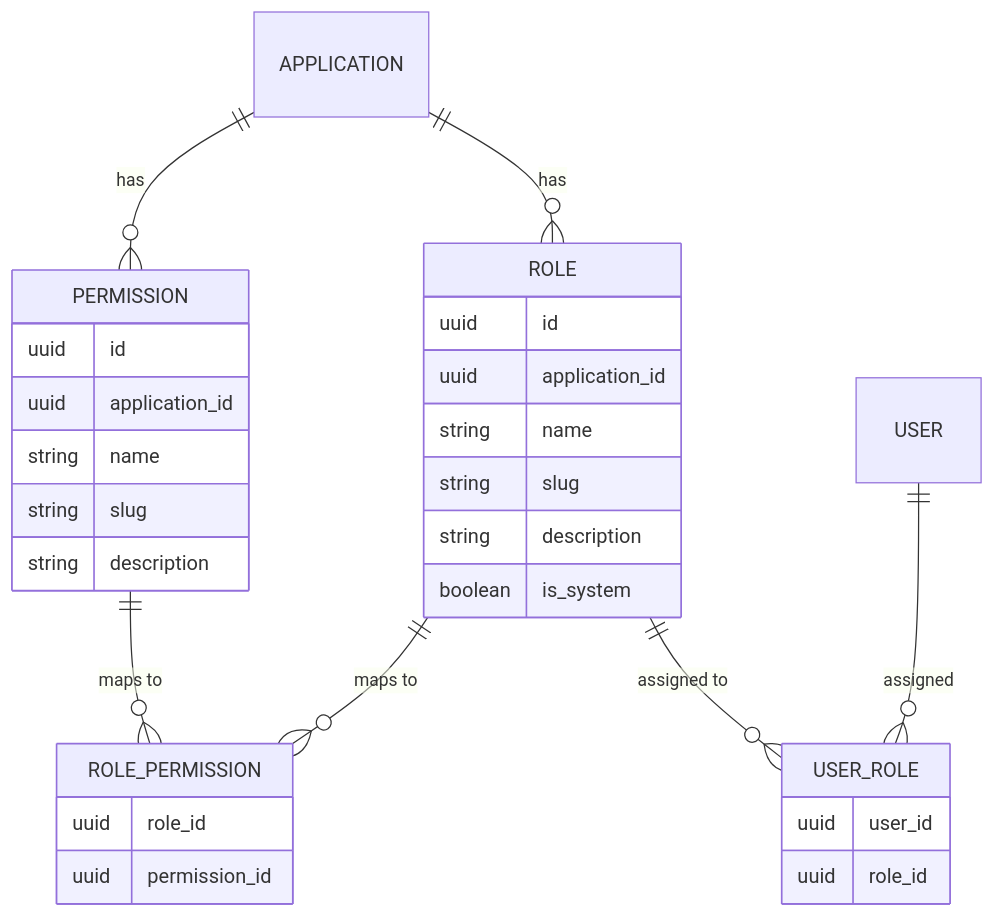
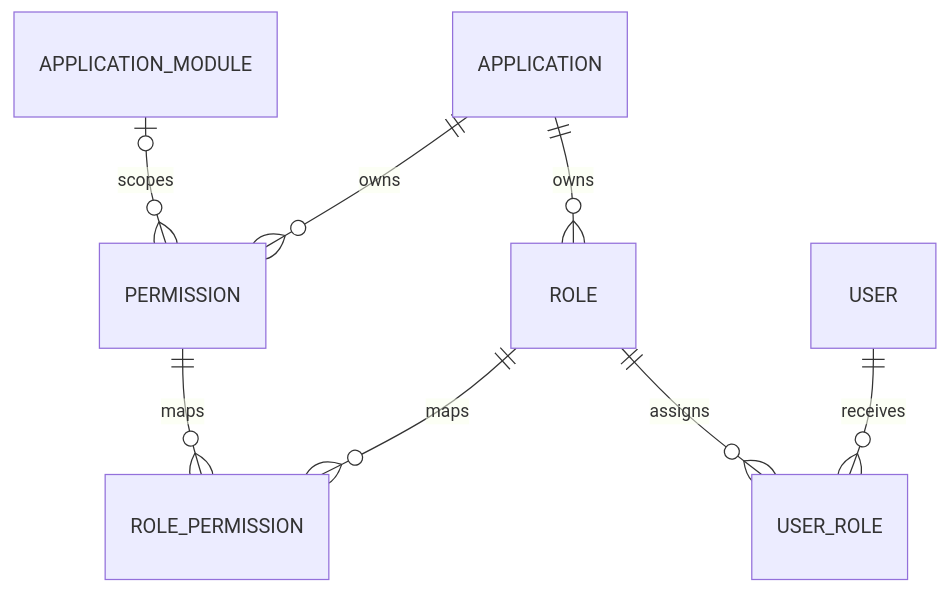
Before and after one commit to blendsdk/porta-identity: the diagram in docs/concepts/rbac.md, drawn with Mermaid. The commit also changed other lines of this file and 2 other files, not shown here.

````diff
--- a/docs/concepts/rbac.md
+++ b/docs/concepts/rbac.md
@@ -7,36 +13,10 @@
 ```mermaid
 erDiagram
-    APPLICATION ||--o{ ROLE : "has"
-    APPLICATION ||--o{ PERMISSION : "has"
-    ROLE ||--o{ ROLE_PERMISSION : "maps to"
-    PERMISSION ||--o{ ROLE_PERMISSION : "maps to"
-    USER ||--o{ USER_ROLE : "assigned"
-    ROLE ||--o{ USER_ROLE : "assigned to"
-
-    ROLE {
-        uuid id
-        uuid application_id
-        string name
-        string slug
-        string description
-        boolean is_system
-    }
-
-    PERMISSION {
-        uuid id
-        uuid application_id
-        string name
-        string slug
-        string description
-    }
-
-    ROLE_PERMISSION {
-        uuid role_id
-        uuid permission_id
-    }
-
-    USER_ROLE {
-        uuid user_id
-        uuid role_id
-    }
+    APPLICATION ||--o{ ROLE : owns
+    APPLICATION ||--o{ PERMISSION : owns
+    APPLICATION_MODULE o|--o{ PERMISSION : scopes
+    ROLE ||--o{ ROLE_PERMISSION : maps
+    PERMISSION ||--o{ ROLE_PERMISSION : maps
+    USER ||--o{ USER_ROLE : receives
+    ROLE ||--o{ USER_ROLE : assigns
 ```
````
